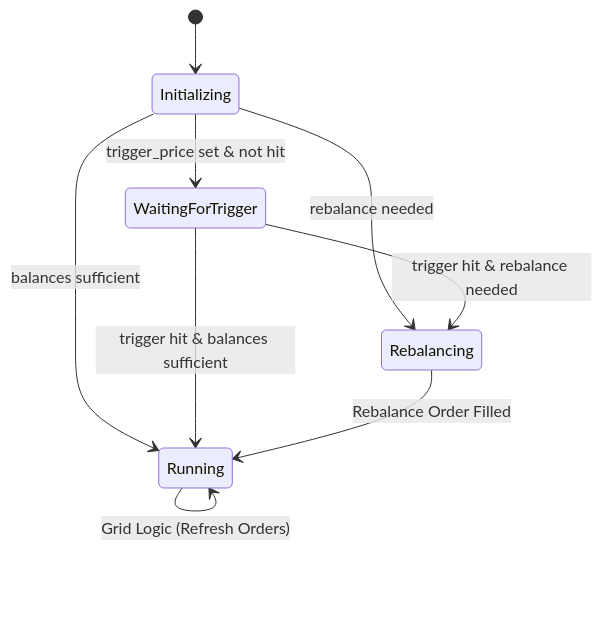
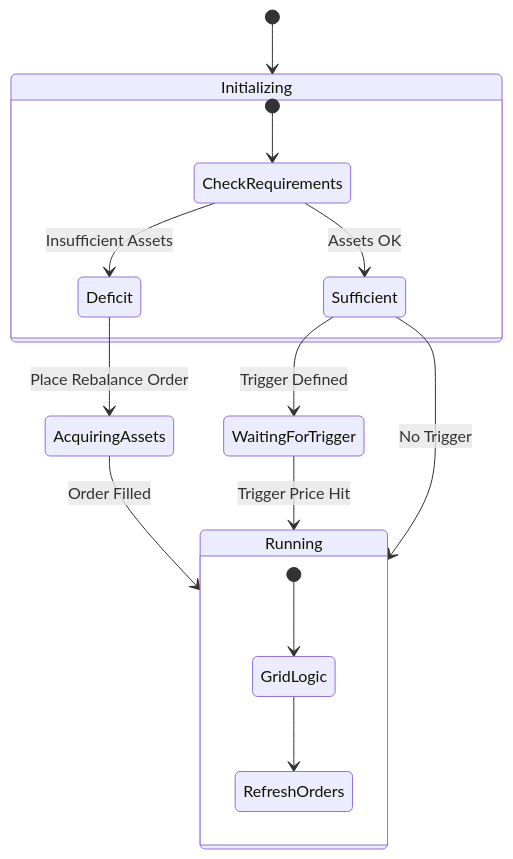
The diagram in docs/strategies/spot_grid.md (smohantty/hyperliquid-trading-bot), drawn with Mermaid before and after one commit. The commit also changed other lines of this file and 1 other file, not shown here.

Commit message:
fix(spot_grid): fix zombie zone bug and update state docs

````diff
--- a/docs/strategies/spot_grid.md
+++ b/docs/strategies/spot_grid.md
@@ -21,15 +35,26 @@
 ```mermaid
 stateDiagram-v2
     [*] --> Initializing
     
-    Initializing --> WaitingForTrigger: trigger_price set & not hit
-    Initializing --> Rebalancing: rebalance needed
-    Initializing --> Running: balances sufficient
+    state Initializing {
+        [*] --> CheckRequirements
+        CheckRequirements --> Deficit : Insufficient Assets
+        CheckRequirements --> Sufficient : Assets OK
+    }
+
+    %% Path 1: Active Rebalancing
+    Deficit --> AcquiringAssets : Place Rebalance Order
+    AcquiringAssets --> Running : Order Filled
     
-    WaitingForTrigger --> Rebalancing: trigger hit & rebalance needed
-    WaitingForTrigger --> Running: trigger hit & balances sufficient
+    %% Path 2: Passive Trigger
+    Sufficient --> WaitingForTrigger : Trigger Defined
+    WaitingForTrigger --> Running : Trigger Price Hit
     
-    Rebalancing --> Running: Rebalance Order Filled
+    %% Path 3: Direct Start
+    Sufficient --> Running : No Trigger
     
-    Running --> Running: Grid Logic (Refresh Orders)
+    state Running {
+        [*] --> GridLogic
+        GridLogic --> RefreshOrders
+    }
 ```
````
